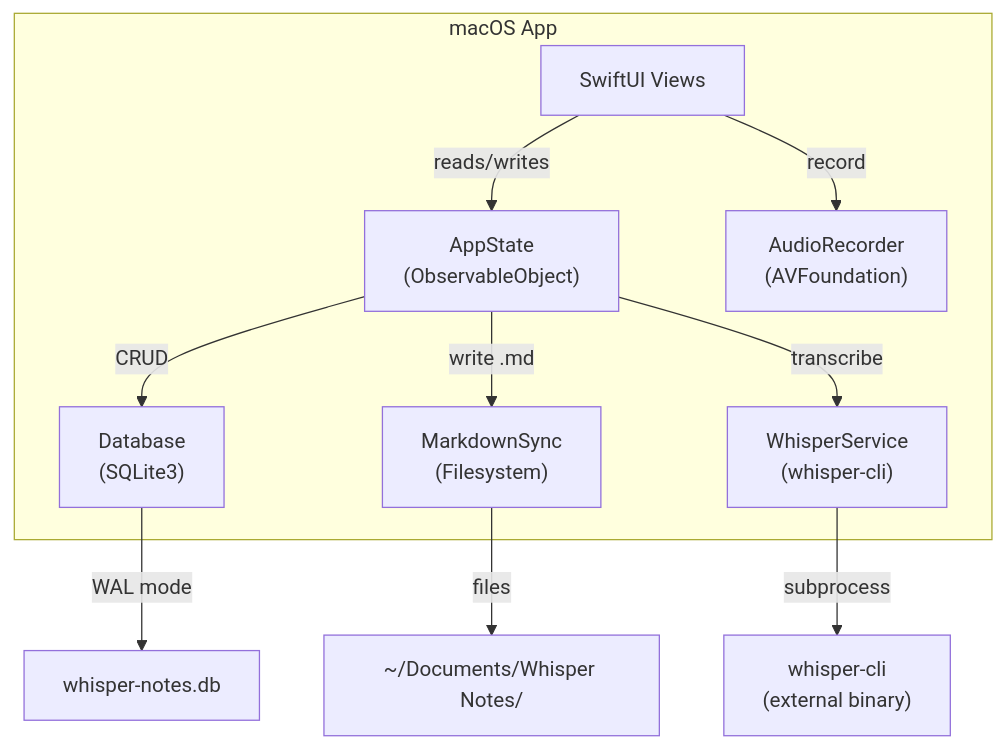
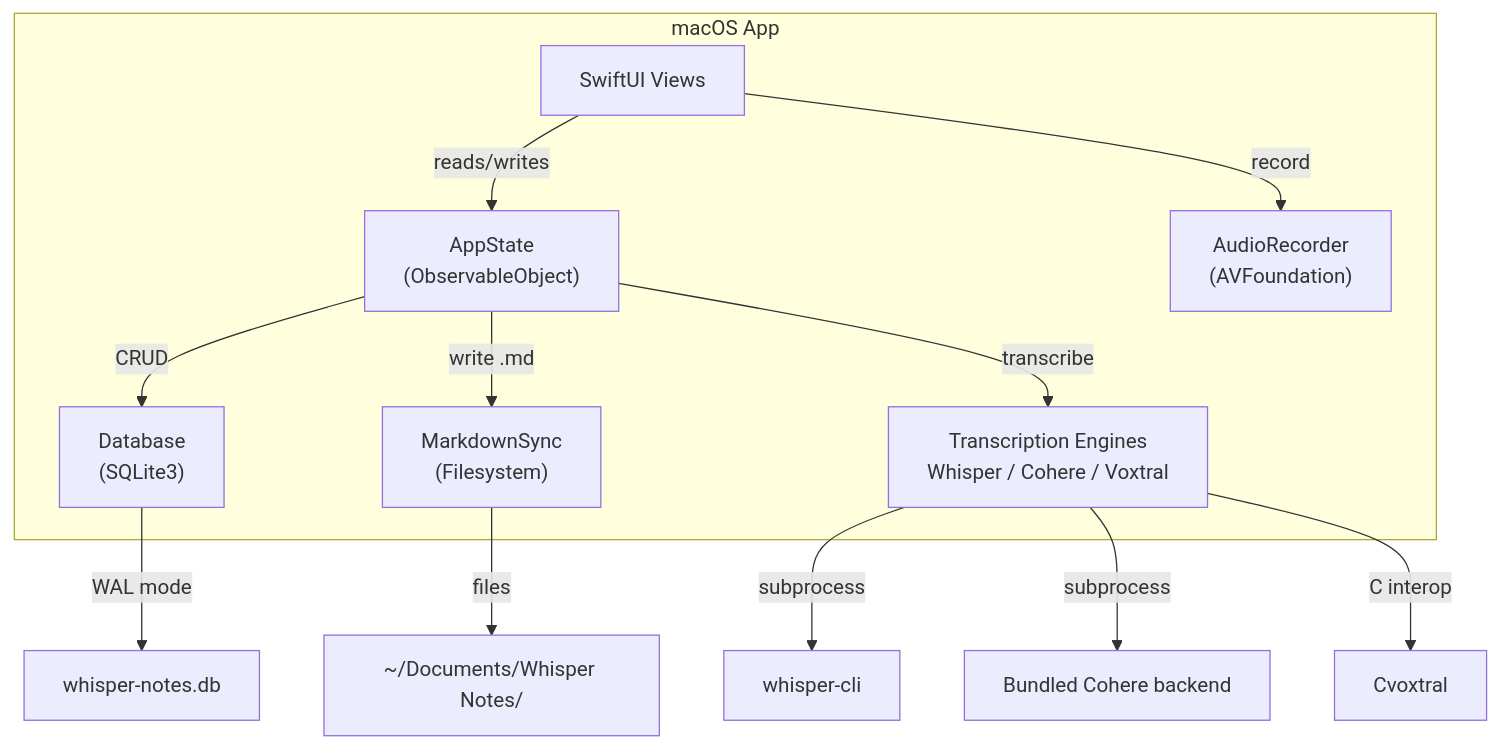
The first of 4 diagrams in ARCHITECTURE.md (reidemeister94/whisper-notes), drawn with Mermaid before and after one commit. The commit also changed other lines of this file and 7 other files, not shown here.

````diff
--- a/ARCHITECTURE.md
+++ b/ARCHITECTURE.md
@@ -7,21 +7,23 @@
 ```mermaid
 graph TB
     subgraph "macOS App"
         UI["SwiftUI Views"]
         AS["AppState<br/>(ObservableObject)"]
         DB["Database<br/>(SQLite3)"]
         MD["MarkdownSync<br/>(Filesystem)"]
-        WS["WhisperService<br/>(whisper-cli)"]
+        TE["Transcription Engines<br/>Whisper / Cohere / Voxtral"]
         AR["AudioRecorder<br/>(AVFoundation)"]
     end
 
     UI -->|reads/writes| AS
     AS -->|CRUD| DB
     AS -->|write .md| MD
-    AS -->|transcribe| WS
+    AS -->|transcribe| TE
     UI -->|record| AR
 
-    WS -->|subprocess| CLI["whisper-cli<br/>(external binary)"]
+    TE -->|subprocess| CLI["whisper-cli"]
+    TE -->|subprocess| CH["Bundled Cohere backend"]
+    TE -->|C interop| VX["Cvoxtral"]
     DB -->|WAL mode| SQLite["whisper-notes.db"]
     MD -->|files| FS["~/Documents/Whisper Notes/"]
 ```
````
